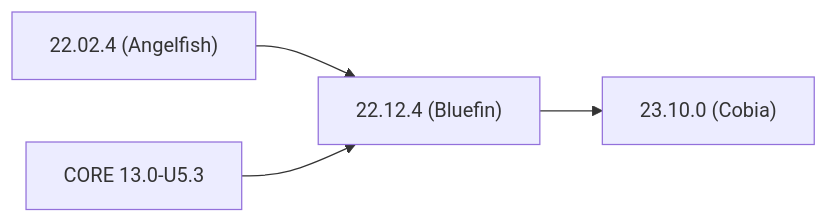
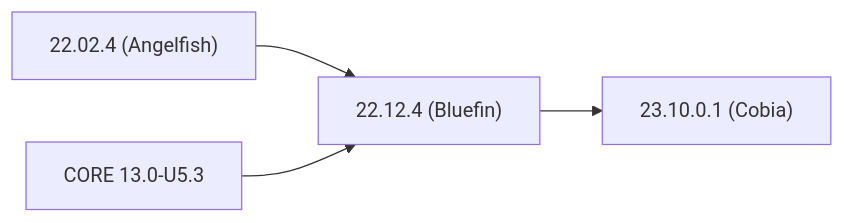
The first of 2 diagrams in content/GettingStarted/SCALEReleaseNotes.md (truenas/documentation), drawn with Mermaid before and after one commit. The commit also changed other lines of this file, not shown here.

````diff
--- a/content/GettingStarted/SCALEReleaseNotes.md
+++ b/content/GettingStarted/SCALEReleaseNotes.md
@@ -115,8 +115,8 @@
 ```mermaid
 flowchart LR
 
 A["22.02.4 (Angelfish)"] --> C
 B[CORE 13.0-U5.3] --> C
 C["22.12.4 (Bluefin)"] --> D
-D["23.10.0 (Cobia)"]
+D["23.10.0.1 (Cobia)"]
 ```
````
